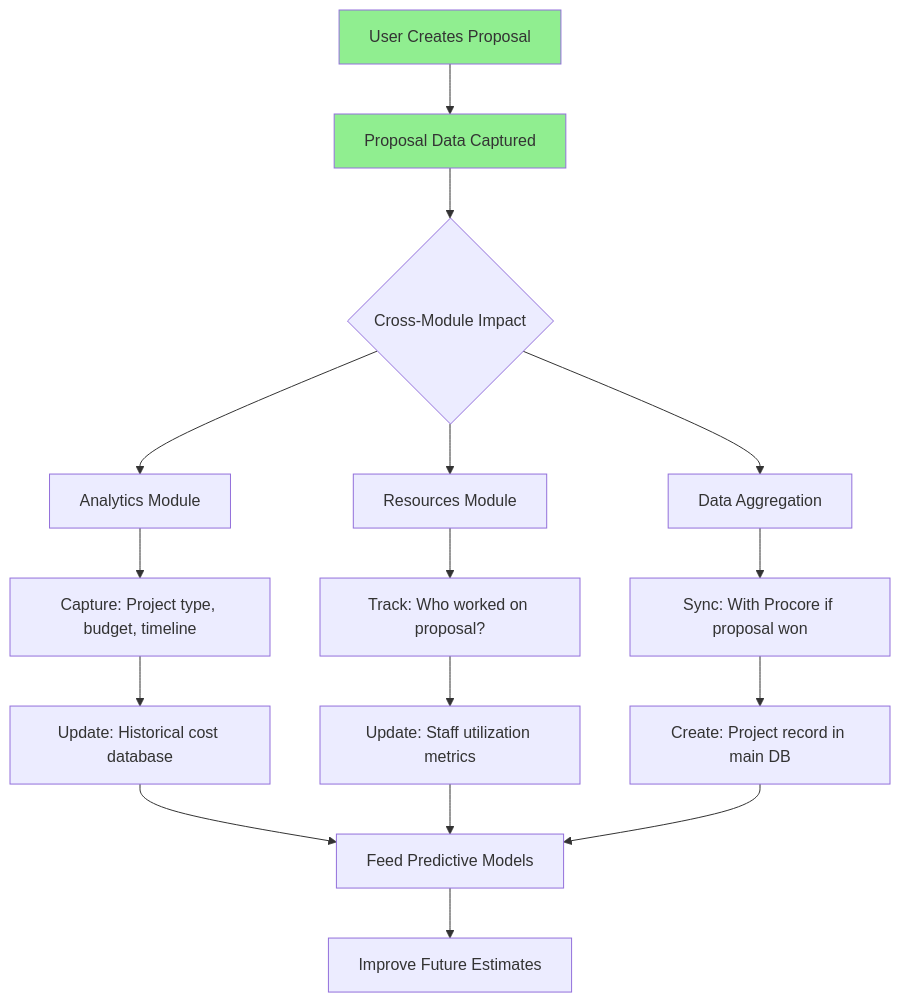
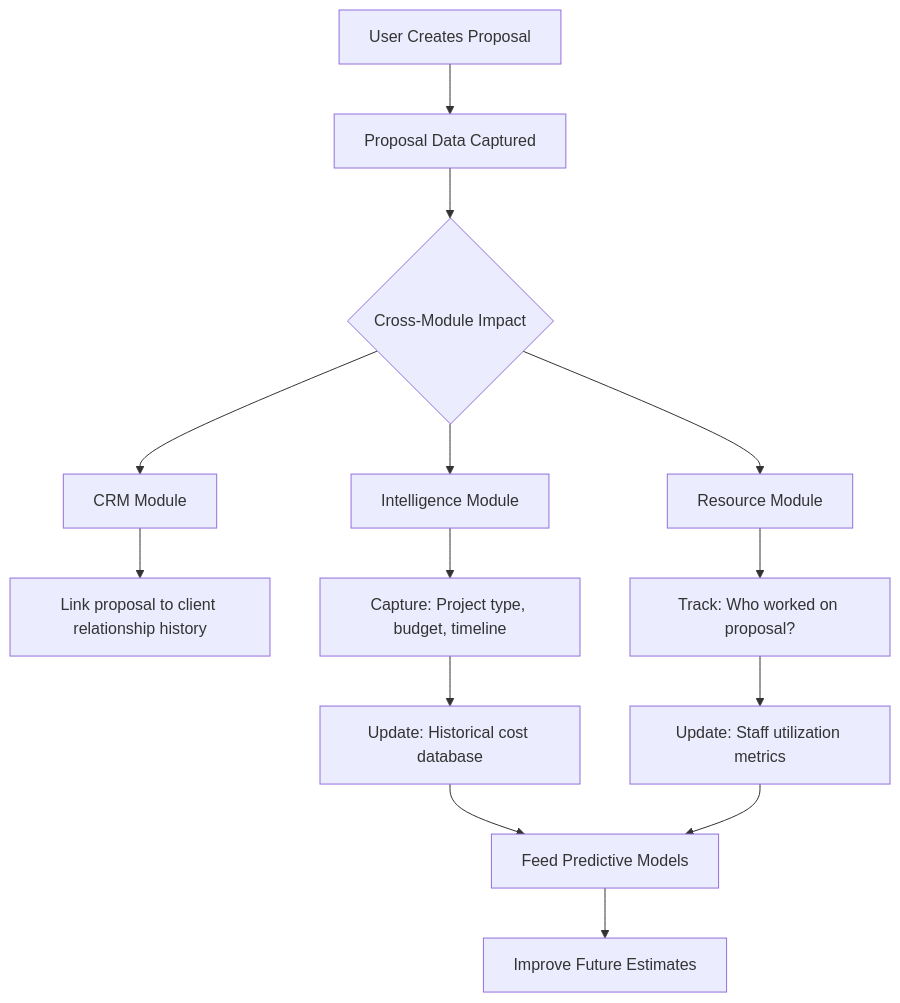
The third of 15 diagrams in POC-Implementation-Plan.md (elikiedrowski/ECI_Site_Construction), drawn with Mermaid before and after one commit. The commit also changed other lines of this file and 1 other file, not shown here.

First line of the commit message:
Align implementation plan and cost estimate to 3-module SOW

````diff
--- a/POC-Implementation-Plan.md
+++ b/POC-Implementation-Plan.md
@@ -429,25 +163,20 @@
 ```mermaid
 flowchart TD
     A[User Creates Proposal] --> B[Proposal Data Captured]
     B --> C{Cross-Module Impact}
-    
-    C --> D[Resources Module]
-    D --> E[Track: Who worked on proposal?]
-    E --> F[Update: Staff utilization metrics]
-    
-    C --> G[Analytics Module]
-    G --> H[Capture: Project type, budget, timeline]
-    H --> I[Update: Historical cost database]
-    
-    C --> J[Data Aggregation]
-    J --> K[Sync: With Procore if proposal won]
-    K --> L[Create: Project record in main DB]
-    
-    I --> M[Feed Predictive Models]
-    F --> M
-    L --> M
-    M --> N[Improve Future Estimates]
-    
-    style A fill:#90EE90
-    style B fill:#90EE90
+
+    C --> D[CRM Module]
+    D --> E[Link proposal to client relationship history]
+
+    C --> F[Resource Module]
+    F --> G[Track: Who worked on proposal?]
+    G --> H[Update: Staff utilization metrics]
+
+    C --> I[Intelligence Module]
+    I --> J[Capture: Project type, budget, timeline]
+    J --> K[Update: Historical cost database]
+
+    K --> L[Feed Predictive Models]
+    H --> L
+    L --> M[Improve Future Estimates]
 ```
````
